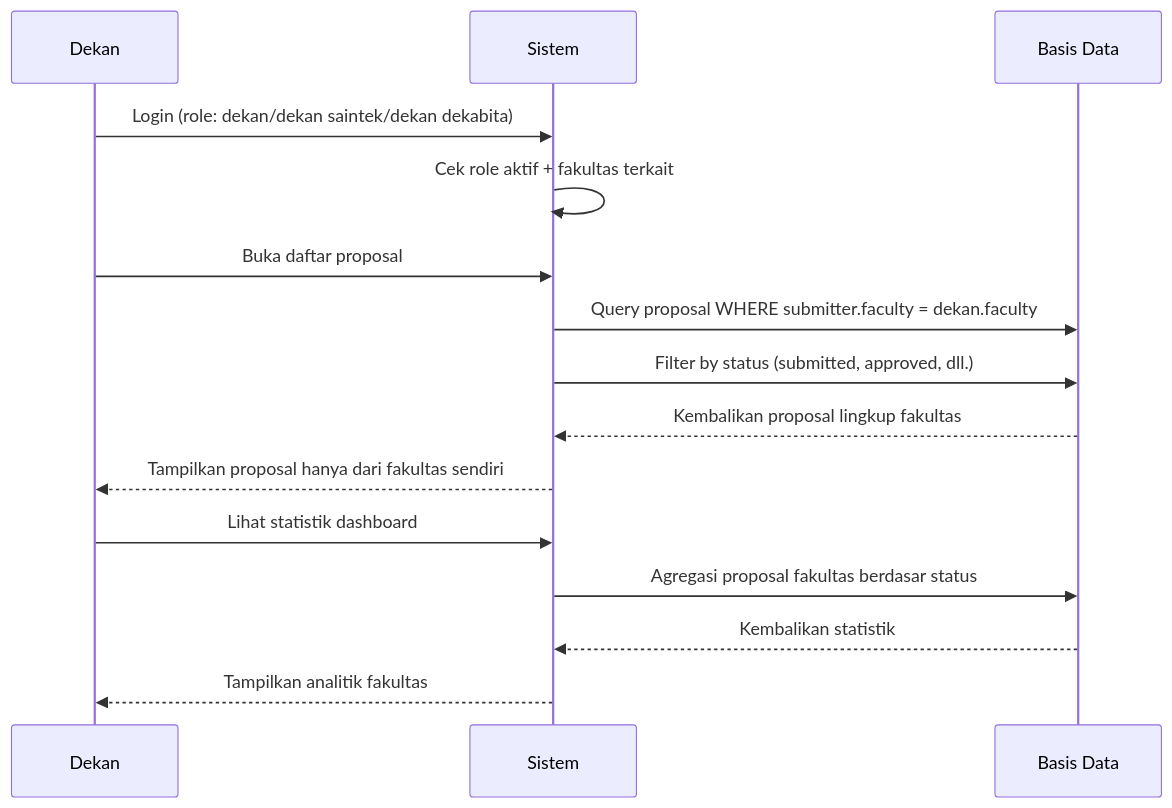
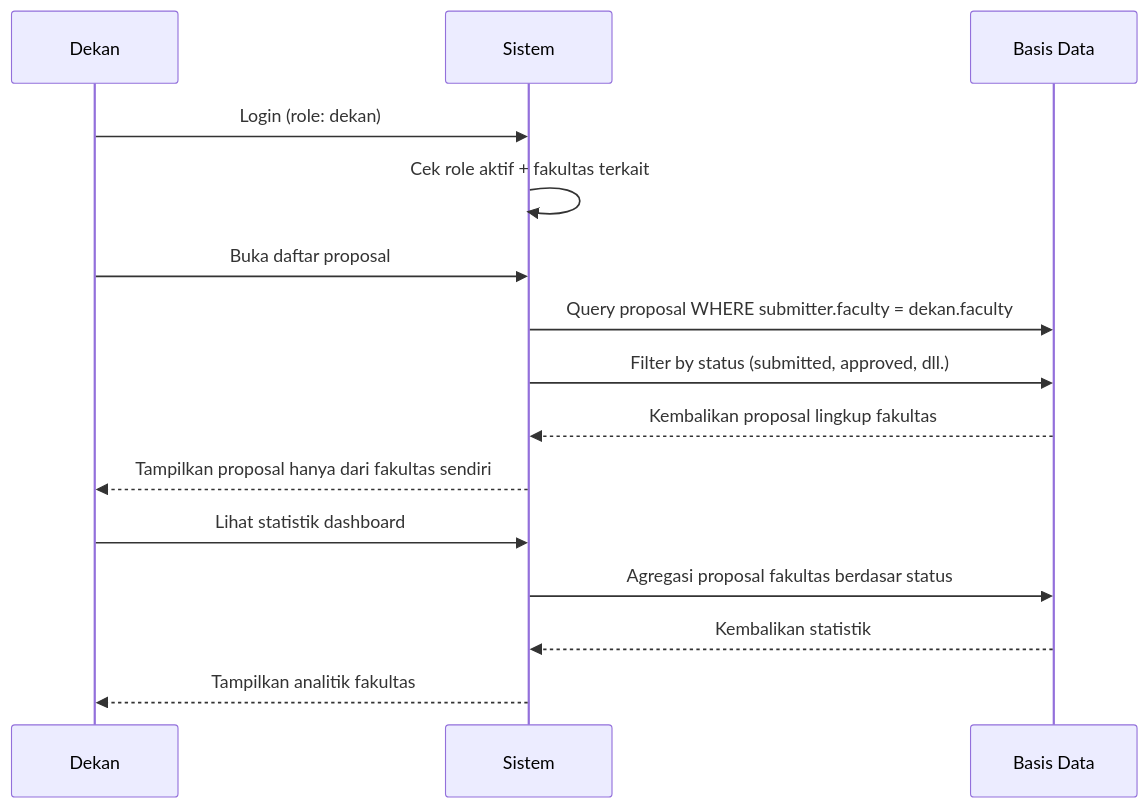
Before and after one commit to akrindev/sim-lppm-itsnu: the seventh of 12 diagrams in docs/v2/id/WORKFLOWS.md, drawn with Mermaid. The commit also changed other lines of this file and 8 other files, not shown here.

````diff
--- a/docs/v2/id/WORKFLOWS.md
+++ b/docs/v2/id/WORKFLOWS.md
@@ -389,20 +389,20 @@
 ```mermaid
 sequenceDiagram
     participant De as Dekan
     participant S as Sistem
     participant DB as Basis Data
 
-    De->>S: Login (role: dekan/dekan saintek/dekan dekabita)
+    De->>S: Login (role: dekan)
     S->>S: Cek role aktif + fakultas terkait
     
     De->>S: Buka daftar proposal
     S->>DB: Query proposal WHERE submitter.faculty = dekan.faculty
     S->>DB: Filter by status (submitted, approved, dll.)
     DB-->>S: Kembalikan proposal lingkup fakultas
     S-->>De: Tampilkan proposal hanya dari fakultas sendiri
     
     De->>S: Lihat statistik dashboard
     S->>DB: Agregasi proposal fakultas berdasar status
     DB-->>S: Kembalikan statistik
     S-->>De: Tampilkan analitik fakultas
 ```
````
